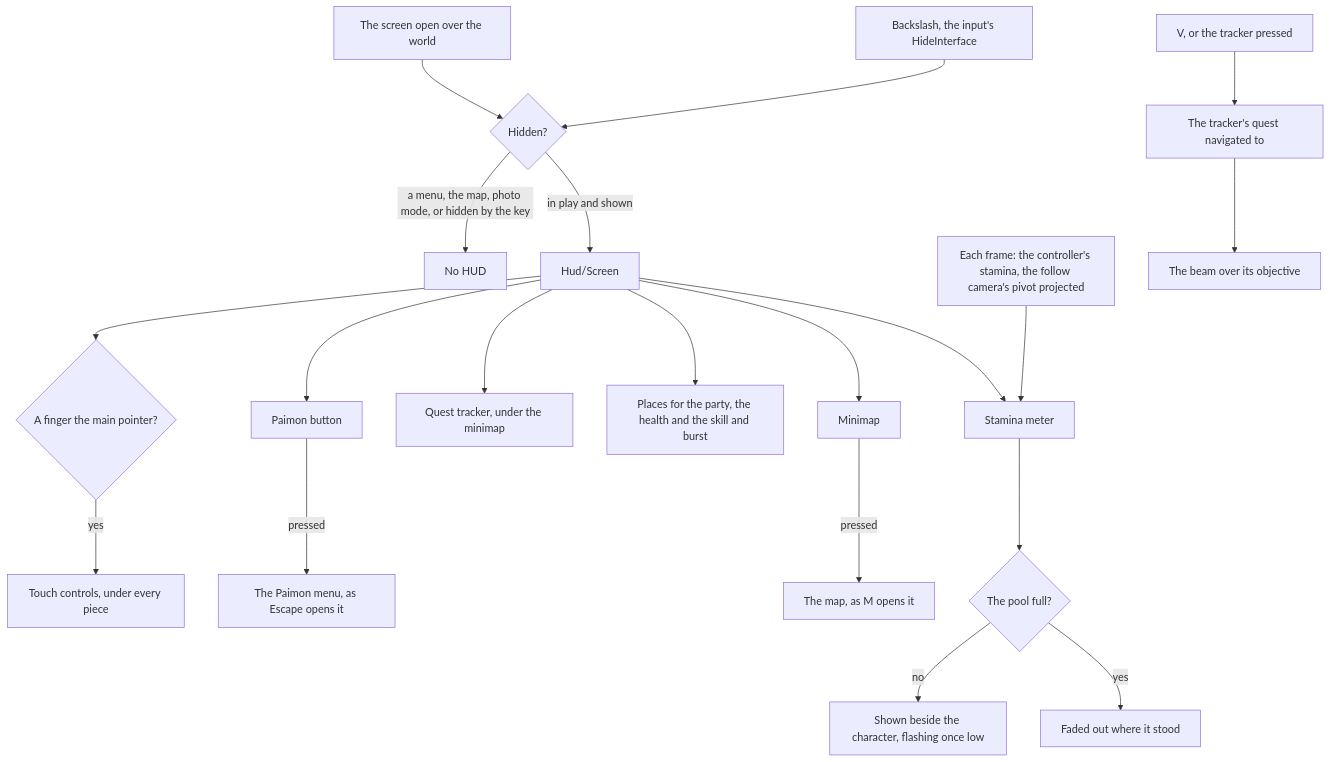
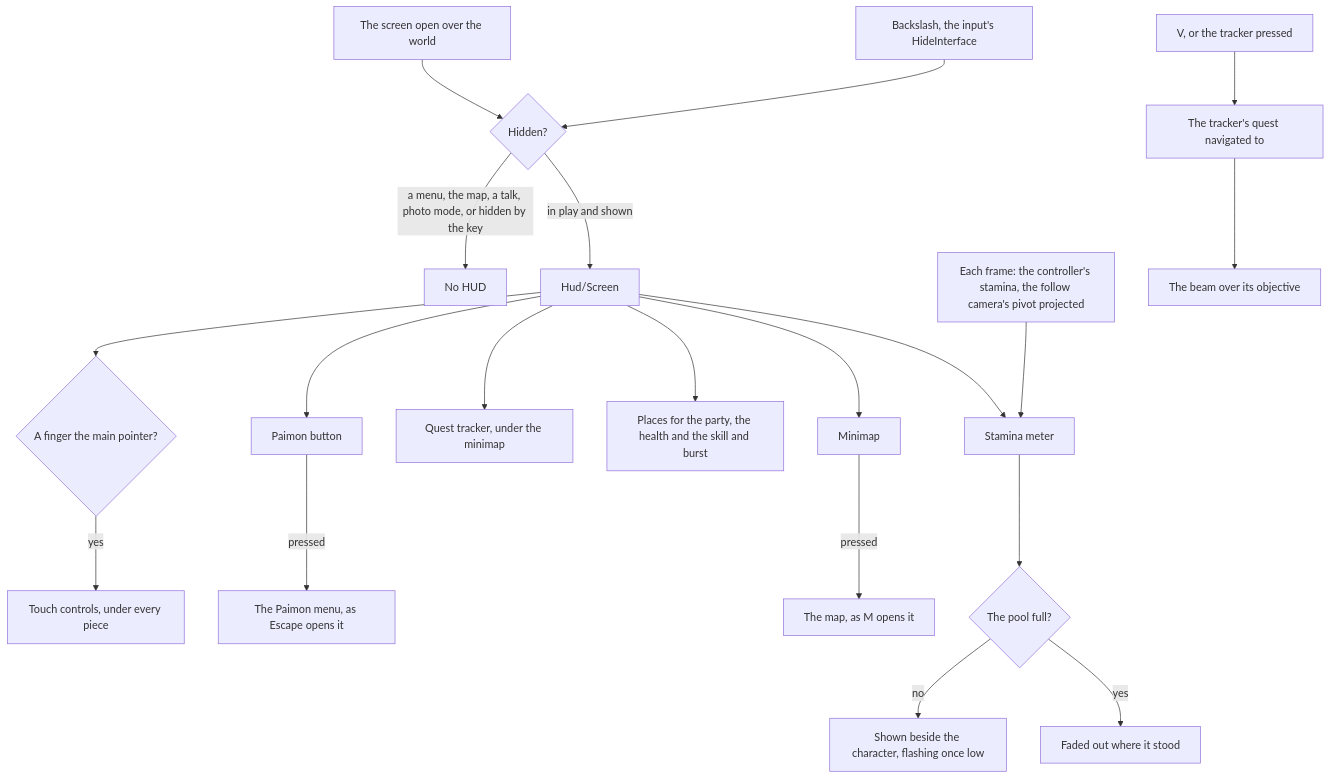
One commit to Esposter/Esposter changed the diagram in apps/web/content/docs/genshin/hud.md. Above: the diagram before and after it, drawn with Mermaid. The commit also changed other lines of this file and 10 other files, not shown here.

````diff
--- a/apps/web/content/docs/genshin/hud.md
+++ b/apps/web/content/docs/genshin/hud.md
@@ -12,22 +12,22 @@
 ```mermaid
 flowchart TD
   KIND["The screen open over the world"] --> HIDDEN{"Hidden?"}
   KEY["Backslash, the input's HideInterface"] --> HIDDEN
-  HIDDEN -->|"a menu, the map, photo mode, or hidden by the key"| NONE["No HUD"]
+  HIDDEN -->|"a menu, the map, a talk, photo mode, or hidden by the key"| NONE["No HUD"]
   HIDDEN -->|"in play and shown"| HUD["Hud/Screen"]
   HUD --> PB["Paimon button"]
   HUD --> MINI["Minimap"]
   HUD --> TRACKER["Quest tracker, under the minimap"]
   HUD --> SLOTS["Places for the party, the health and the skill and burst"]
   HUD --> STAMINA["Stamina meter"]
   HUD --> TOUCH{"A finger the main pointer?"}
   TOUCH -->|"yes"| CONTROLS["Touch controls, under every piece"]
   PB -->|"pressed"| MENU["The Paimon menu, as Escape opens it"]
   MINI -->|"pressed"| MAP["The map, as M opens it"]
   FRAME["Each frame: the controller's stamina, the follow camera's pivot projected"] --> STAMINA
   STAMINA --> FULL{"The pool full?"}
   FULL -->|"no"| SHOWN["Shown beside the character, flashing once low"]
   FULL -->|"yes"| FADE["Faded out where it stood"]
   V["V, or the tracker pressed"] --> NAVIGATE["The tracker's quest navigated to"]
   NAVIGATE --> BEAM["The beam over its objective"]
 ```
````
